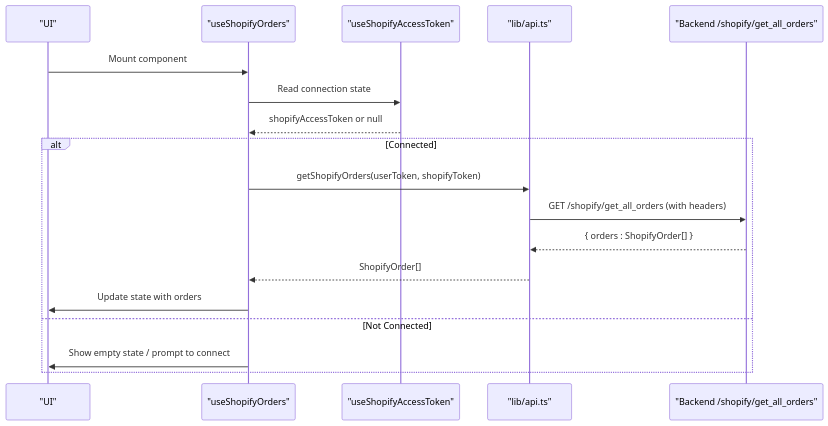
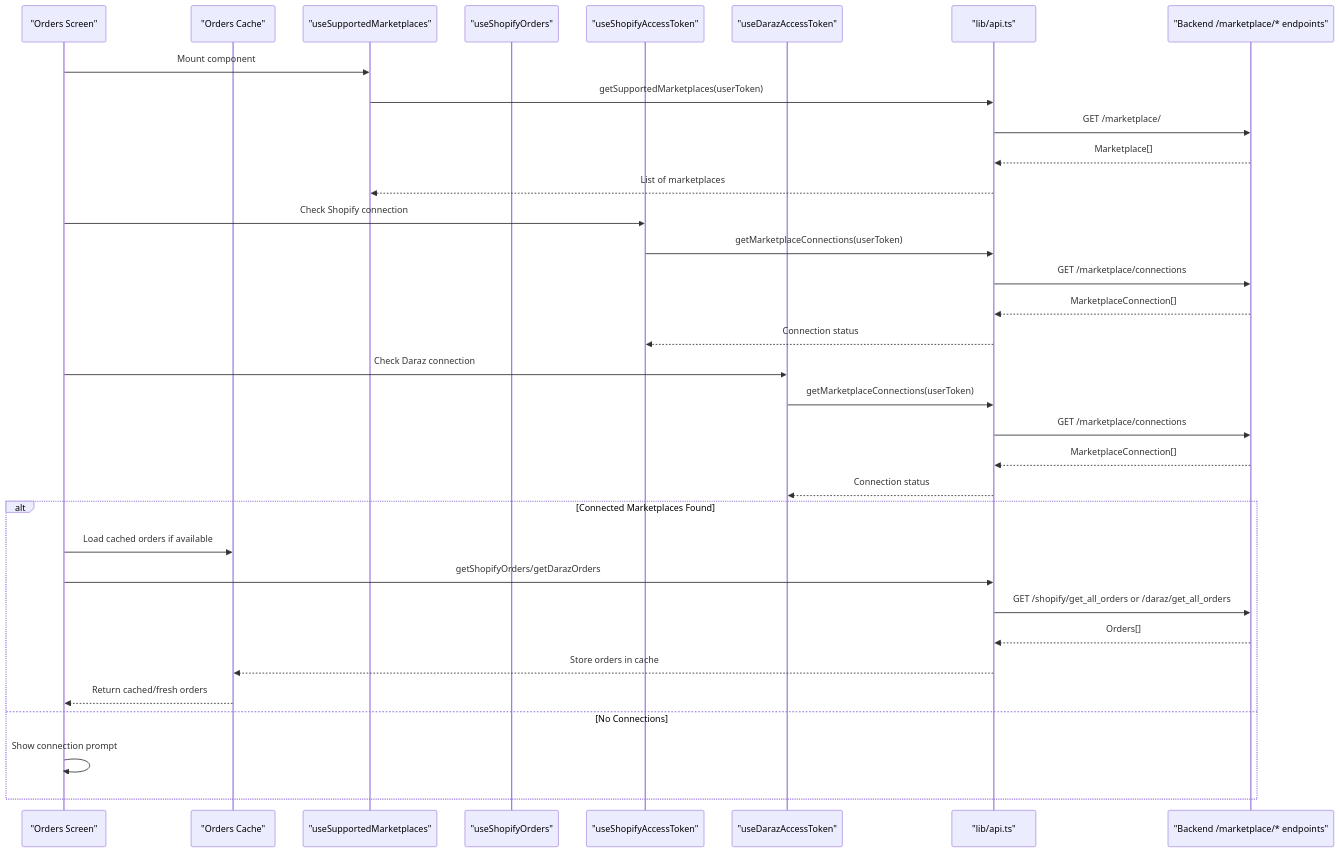
Before and after one commit to Muhammad-Masood/tijarah-ai-app: the second of 4 diagrams in .qoder/repowiki/en/content/Marketplace Integration/Shopify Integration/Order Management.md, drawn with Mermaid. The commit also changed other lines of this file and 11 other files, not shown here.

First line of the commit message:
feat(marketplace): add multi-marketplace order management with advanced filtering

````diff
--- a/.qoder/repowiki/en/content/Marketplace Integration/Shopify Integration/Order Management.md
+++ b/.qoder/repowiki/en/content/Marketplace Integration/Shopify Integration/Order Management.md
@@ -85,20 +107,36 @@
 ```mermaid
 sequenceDiagram
-participant UI as "UI"
-participant HookOrders as "useShopifyOrders"
-participant HookToken as "useShopifyAccessToken"
+participant UI as "Orders Screen"
+participant Cache as "Orders Cache"
+participant HookMarketplaces as "useSupportedMarketplaces"
+participant HookShopify as "useShopifyOrders"
+participant HookShopifyToken as "useShopifyAccessToken"
+participant HookDarazToken as "useDarazAccessToken"
 participant API as "lib/api.ts"
-participant Backend as "Backend /shopify/get_all_orders"
-UI->>HookOrders : Mount component
-HookOrders->>HookToken : Read connection state
-HookToken-->>HookOrders : shopifyAccessToken or null
-alt Connected
-HookOrders->>API : getShopifyOrders(userToken, shopifyToken)
-API->>Backend : GET /shopify/get_all_orders (with headers)
-Backend-->>API : { orders : ShopifyOrder[] }
-API-->>HookOrders : ShopifyOrder[]
-HookOrders->>UI : Update state with orders
-else Not Connected
-HookOrders->>UI : Show empty state / prompt to connect
+participant Backend as "Backend /marketplace/* endpoints"
+UI->>HookMarketplaces : Mount component
+HookMarketplaces->>API : getSupportedMarketplaces(userToken)
+API->>Backend : GET /marketplace/
+Backend-->>API : Marketplace[]
+API-->>HookMarketplaces : List of marketplaces
+UI->>HookShopifyToken : Check Shopify connection
+HookShopifyToken->>API : getMarketplaceConnections(userToken)
+API->>Backend : GET /marketplace/connections
+Backend-->>API : MarketplaceConnection[]
+API-->>HookShopifyToken : Connection status
+UI->>HookDarazToken : Check Daraz connection
+HookDarazToken->>API : getMarketplaceConnections(userToken)
+API->>Backend : GET /marketplace/connections
+Backend-->>API : MarketplaceConnection[]
+API-->>HookDarazToken : Connection status
+alt Connected Marketplaces Found
+UI->>Cache : Load cached orders if available
+UI->>API : getShopifyOrders/getDarazOrders
+API->>Backend : GET /shopify/get_all_orders or /daraz/get_all_orders
+Backend-->>API : Orders[]
+API-->>Cache : Store orders in cache
+Cache-->>UI : Return cached/fresh orders
+else No Connections
+UI->>UI : Show connection prompt
 end
 ```
````
